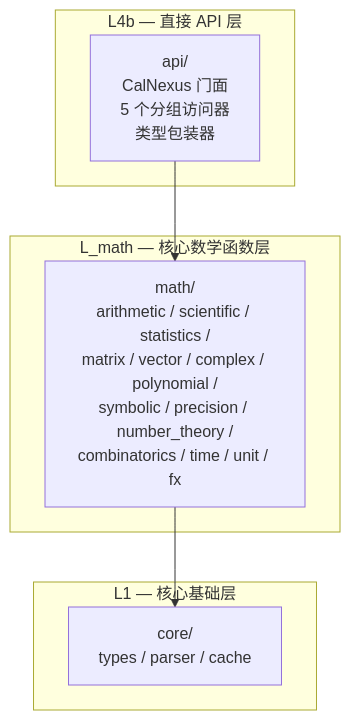
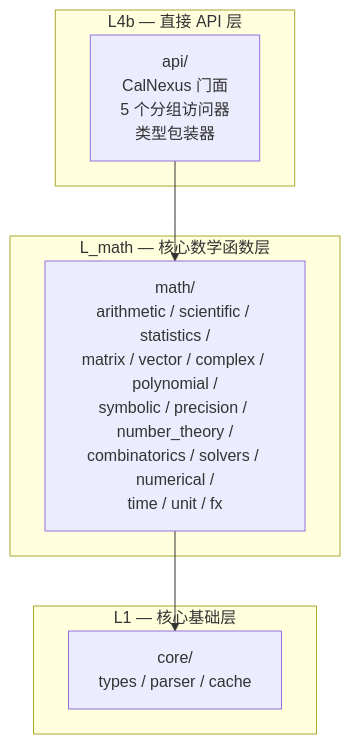
One commit to Kirky-X/calnexus changed the diagram in docs/API_GUIDE.md. Above: the diagram before and after it, drawn with Mermaid. The commit also changed other lines of this file, not shown here.

````diff
--- a/docs/API_GUIDE.md
+++ b/docs/API_GUIDE.md
@@ -173,17 +238,17 @@
 ```mermaid
 flowchart TD
     subgraph L4b["L4b — 直接 API 层"]
         API["api/<br/>CalNexus 门面<br/>5 个分组访问器<br/>类型包装器"]
     end
 
     subgraph L_math["L_math — 核心数学函数层"]
-        MATH["math/<br/>arithmetic / scientific / statistics /<br/>matrix / vector / complex / polynomial /<br/>symbolic / precision / number_theory /<br/>combinatorics / time / unit / fx"]
+        MATH["math/<br/>arithmetic / scientific / statistics /<br/>matrix / vector / complex / polynomial /<br/>symbolic / precision / number_theory /<br/>combinatorics / solvers / numerical /<br/>time / unit / fx"]
     end
 
     subgraph L1["L1 — 核心基础层"]
         CORE["core/<br/>types / parser / cache"]
     end
 
     API --> MATH
     MATH --> CORE
 ```
````
